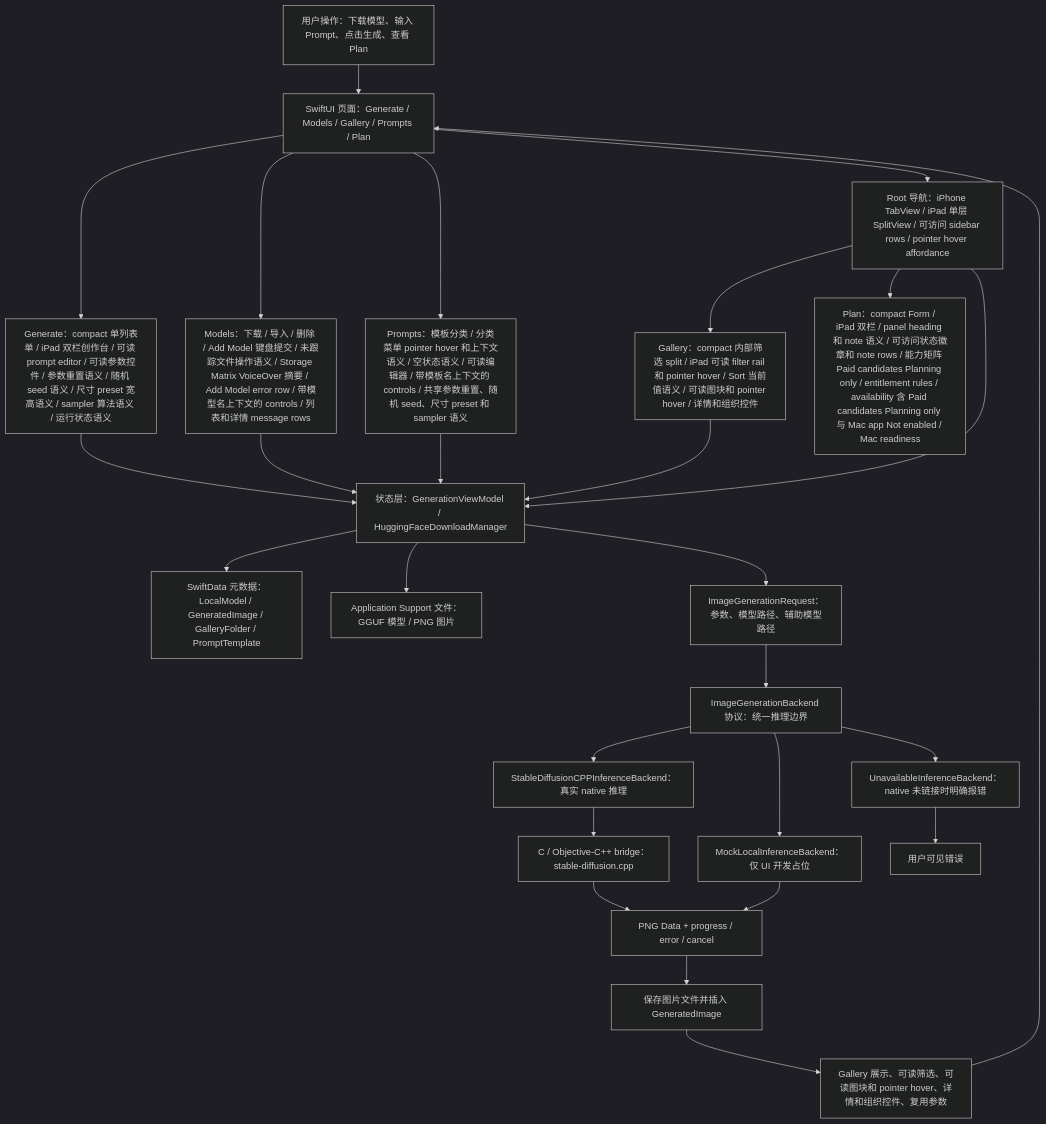
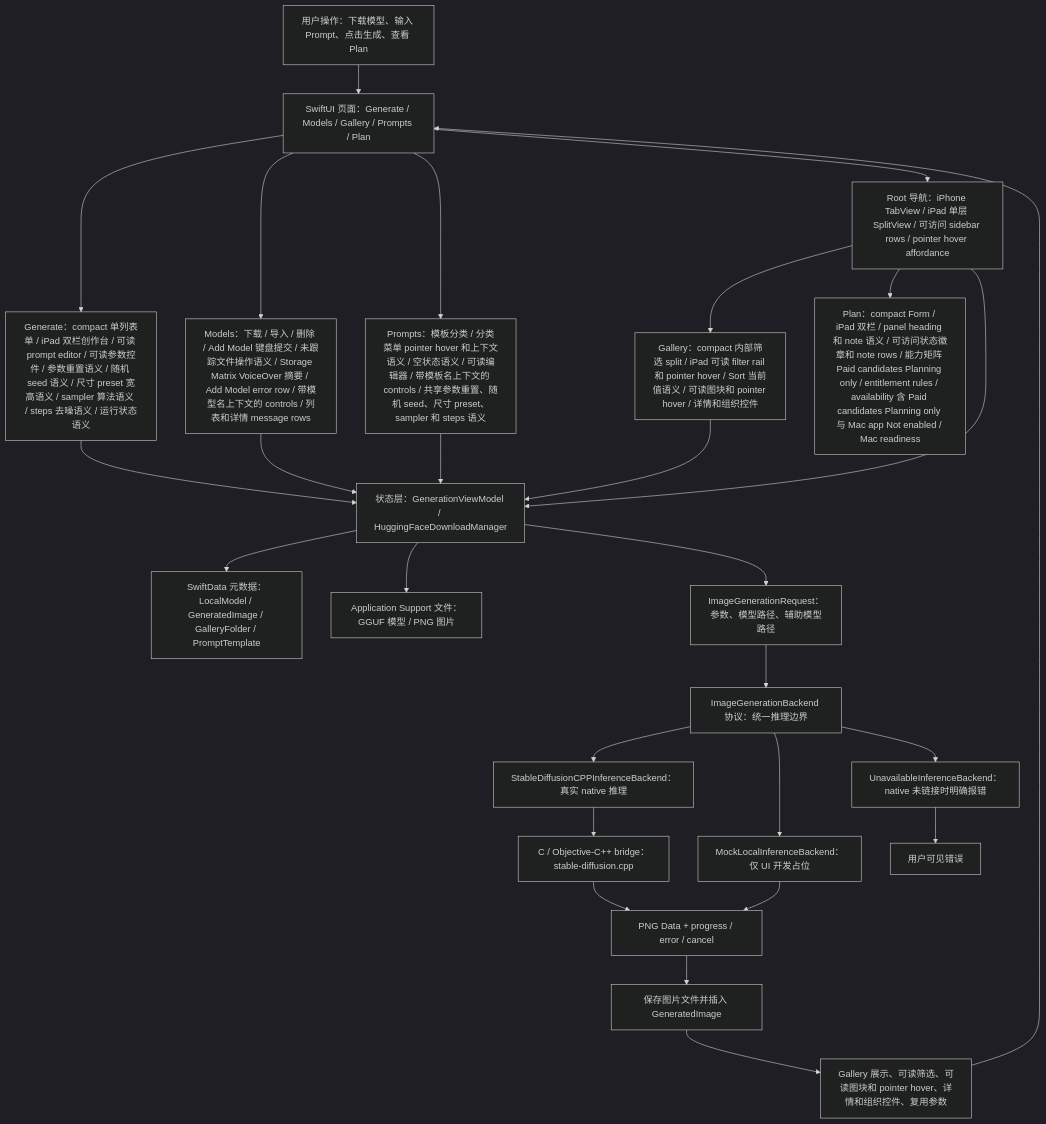
The first of 7 diagrams in md/flow/flowchart.md (Altman-sam114/118), drawn with Mermaid (dark theme) before and after one commit. The commit also changed 5 other files, not shown here.

````diff
--- a/md/flow/flowchart.md
+++ b/md/flow/flowchart.md
@@ -9,29 +9,29 @@
 ```mermaid
 flowchart TD
   U["用户操作：下载模型、输入 Prompt、点击生成、查看 Plan"] --> UI["SwiftUI 页面：Generate / Models / Gallery / Prompts / Plan"]
-  UI --> GENUI["Generate：compact 单列表单 / iPad 双栏创作台 / 可读 prompt editor / 可读参数控件 / 参数重置语义 / 随机 seed 语义 / 尺寸 preset 宽高语义 / sampler 算法语义 / 运行状态语义"]
+  UI --> GENUI["Generate：compact 单列表单 / iPad 双栏创作台 / 可读 prompt editor / 可读参数控件 / 参数重置语义 / 随机 seed 语义 / 尺寸 preset 宽高语义 / sampler 算法语义 / steps 去噪语义 / 运行状态语义"]
   UI --> MODELUI["Models：下载 / 导入 / 删除 / Add Model 键盘提交 / 未跟踪文件操作语义 / Storage Matrix VoiceOver 摘要 / Add Model error row / 带模型名上下文的 controls / 列表和详情 message rows"]
-  UI --> PROMPTUI["Prompts：模板分类 / 分类菜单 pointer hover 和上下文语义 / 空状态语义 / 可读编辑器 / 带模板名上下文的 controls / 共享参数重置、随机 seed、尺寸 preset 和 sampler 语义"]
+  UI --> PROMPTUI["Prompts：模板分类 / 分类菜单 pointer hover 和上下文语义 / 空状态语义 / 可读编辑器 / 带模板名上下文的 controls / 共享参数重置、随机 seed、尺寸 preset、sampler 和 steps 语义"]
   UI --> NAV["Root 导航：iPhone TabView / iPad 单层 SplitView / 可访问 sidebar rows / pointer hover affordance"]
   NAV --> GALUI["Gallery：compact 内部筛选 split / iPad 可读 filter rail 和 pointer hover / Sort 当前值语义 / 可读图块和 pointer hover / 详情和组织控件"]
   NAV --> PLANUI["Plan：compact Form / iPad 双栏 / panel heading 和 note 语义 / 可访问状态徽章和 note rows / 能力矩阵 Paid candidates Planning only / entitlement rules / availability 含 Paid candidates Planning only 与 Mac app Not enabled / Mac readiness"]
   NAV --> VM["状态层：GenerationViewModel / HuggingFaceDownloadManager"]
   GENUI --> VM
   MODELUI --> VM
   PROMPTUI --> VM
   GALUI --> VM
   VM --> SD["SwiftData 元数据：LocalModel / GeneratedImage / GalleryFolder / PromptTemplate"]
   VM --> FS["Application Support 文件：GGUF 模型 / PNG 图片"]
   VM --> REQ["ImageGenerationRequest：参数、模型路径、辅助模型路径"]
   REQ --> IFACE["ImageGenerationBackend 协议：统一推理边界"]
   IFACE --> NATIVE["StableDiffusionCPPInferenceBackend：真实 native 推理"]
   IFACE --> MOCK["MockLocalInferenceBackend：仅 UI 开发占位"]
   IFACE --> OFF["UnavailableInferenceBackend：native 未链接时明确报错"]
   NATIVE --> BRIDGE["C / Objective-C++ bridge：stable-diffusion.cpp"]
   BRIDGE --> PNG["PNG Data + progress / error / cancel"]
   MOCK --> PNG
   OFF --> ERR["用户可见错误"]
   PNG --> SAVE["保存图片文件并插入 GeneratedImage"]
   SAVE --> GALLERY["Gallery 展示、可读筛选、可读图块和 pointer hover、详情和组织控件、复用参数"]
   GALLERY --> UI
 ```
````
